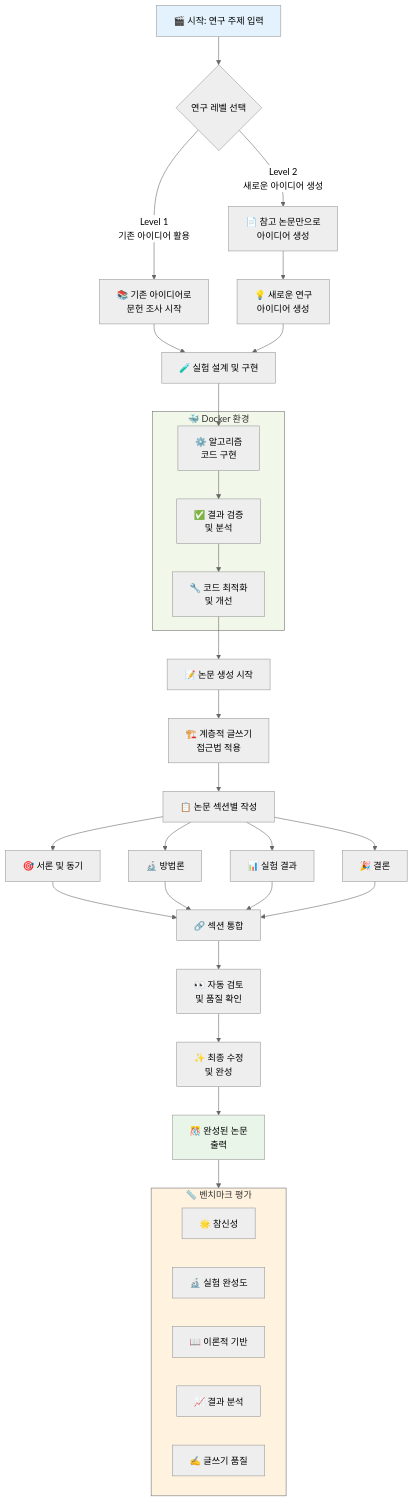
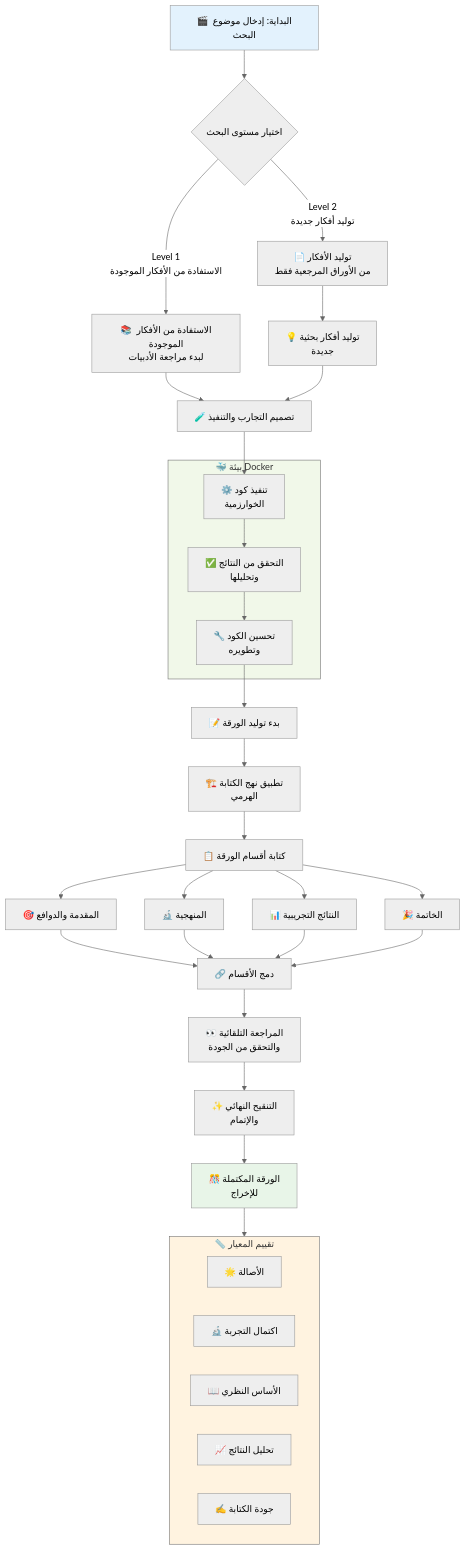
Before and after one commit to ThakiCloud/thakicloud.github.io: the second of 3 diagrams in _posts/ar/research/2025-08-21-ai-researcher-autonomous-scientific-innovation-analysis.md, drawn with Mermaid (neutral theme). The commit also changed other lines of this file and 21 other files, not shown here.

First line of the commit message:
fix(blog): translate mermaid labels to post language (en/ar)

````diff
--- a/_posts/ar/research/2025-08-21-ai-researcher-autonomous-scientific-innovation-analysis.md
+++ b/_posts/ar/research/2025-08-21-ai-researcher-autonomous-scientific-innovation-analysis.md
@@ -108,55 +108,55 @@
 ```mermaid
 flowchart TD
-    START["🎬 시작: 연구 주제 입력"] --> LEVEL{"연구 레벨 선택"}
+    START["🎬 البداية: إدخال موضوع البحث"] --> LEVEL{"اختيار مستوى البحث"}
     
-    LEVEL -->|Level 1<br/>기존 아이디어 활용| L1_SURVEY["📚 기존 아이디어로<br/>문헌 조사 시작"]
-    LEVEL -->|Level 2<br/>새로운 아이디어 생성| L2_PAPERS["📄 참고 논문만으로<br/>아이디어 생성"]
+    LEVEL -->|Level 1<br/>الاستفادة من الأفكار الموجودة| L1_SURVEY["📚 الاستفادة من الأفكار الموجودة<br/>لبدء مراجعة الأدبيات"]
+    LEVEL -->|Level 2<br/>توليد أفكار جديدة| L2_PAPERS["📄 توليد الأفكار<br/>من الأوراق المرجعية فقط"]
     
-    L1_SURVEY --> EXPERIMENT["🧪 실험 설계 및 구현"]
-    L2_PAPERS --> IDEA_GEN["💡 새로운 연구<br/>아이디어 생성"]
+    L1_SURVEY --> EXPERIMENT["🧪 تصميم التجارب والتنفيذ"]
+    L2_PAPERS --> IDEA_GEN["💡 توليد أفكار بحثية<br/>جديدة"]
     IDEA_GEN --> EXPERIMENT
     
-    EXPERIMENT --> CODE_IMPL["⚙️ 알고리즘<br/>코드 구현"]
-    CODE_IMPL --> VALIDATION["✅ 결과 검증<br/>및 분석"]
-    VALIDATION --> REFINEMENT["🔧 코드 최적화<br/>및 개선"]
+    EXPERIMENT --> CODE_IMPL["⚙️ تنفيذ كود<br/>الخوارزمية"]
+    CODE_IMPL --> VALIDATION["✅ التحقق من النتائج<br/>وتحليلها"]
+    VALIDATION --> REFINEMENT["🔧 تحسين الكود<br/>وتطويره"]
     
-    REFINEMENT --> PAPER_GEN["📝 논문 생성 시작"]
-    PAPER_GEN --> HIERARCHICAL["🏗️ 계층적 글쓰기<br/>접근법 적용"]
+    REFINEMENT --> PAPER_GEN["📝 بدء توليد الورقة"]
+    PAPER_GEN --> HIERARCHICAL["🏗️ تطبيق نهج الكتابة<br/>الهرمي"]
     
-    HIERARCHICAL --> SECTIONS["📋 논문 섹션별 작성"]
-    SECTIONS --> INTRO["🎯 서론 및 동기"]
-    SECTIONS --> METHODS["🔬 방법론"]
-    SECTIONS --> RESULTS["📊 실험 결과"]
-    SECTIONS --> CONCLUSION["🎉 결론"]
+    HIERARCHICAL --> SECTIONS["📋 كتابة أقسام الورقة"]
+    SECTIONS --> INTRO["🎯 المقدمة والدوافع"]
+    SECTIONS --> METHODS["🔬 المنهجية"]
+    SECTIONS --> RESULTS["📊 النتائج التجريبية"]
+    SECTIONS --> CONCLUSION["🎉 الخاتمة"]
     
-    INTRO --> INTEGRATE["🔗 섹션 통합"]
+    INTRO --> INTEGRATE["🔗 دمج الأقسام"]
     METHODS --> INTEGRATE
     RESULTS --> INTEGRATE
     CONCLUSION --> INTEGRATE
     
-    INTEGRATE --> REVIEW["👀 자동 검토<br/>및 품질 확인"]
-    REVIEW --> POLISH["✨ 최종 수정<br/>및 완성"]
+    INTEGRATE --> REVIEW["👀 المراجعة التلقائية<br/>والتحقق من الجودة"]
+    REVIEW --> POLISH["✨ التنقيح النهائي<br/>والإتمام"]
     
-    POLISH --> FINAL["🎊 완성된 논문<br/>출력"]
+    POLISH --> FINAL["🎊 الورقة المكتملة<br/>للإخراج"]
     
-    subgraph DOCKER["🐳 Docker 환경"]
+    subgraph DOCKER["🐳 بيئة Docker"]
         CODE_IMPL
         VALIDATION
         REFINEMENT
     end
     
-    subgraph BENCHMARK["📏 벤치마크 평가"]
-        NOVELTY["🌟 참신성"]
-        EXPERIMENTAL["🔬 실험 완성도"]
-        THEORETICAL["📖 이론적 기반"]
-        ANALYSIS["📈 결과 분석"]
-        WRITING["✍️ 글쓰기 품질"]
+    subgraph BENCHMARK["📏 تقييم المعيار"]
+        NOVELTY["🌟 الأصالة"]
+        EXPERIMENTAL["🔬 اكتمال التجربة"]
+        THEORETICAL["📖 الأساس النظري"]
+        ANALYSIS["📈 تحليل النتائج"]
+        WRITING["✍️ جودة الكتابة"]
     end
     
     FINAL --> BENCHMARK
     
     style START fill:#e3f2fd
     style DOCKER fill:#f1f8e9
     style BENCHMARK fill:#fff3e0
     style FINAL fill:#e8f5e8
 ```
````
